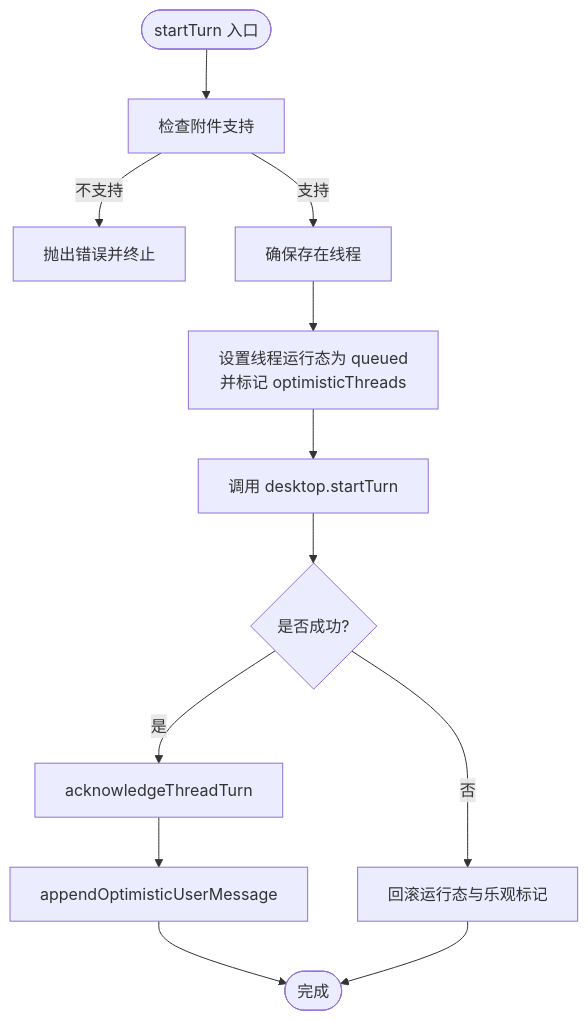
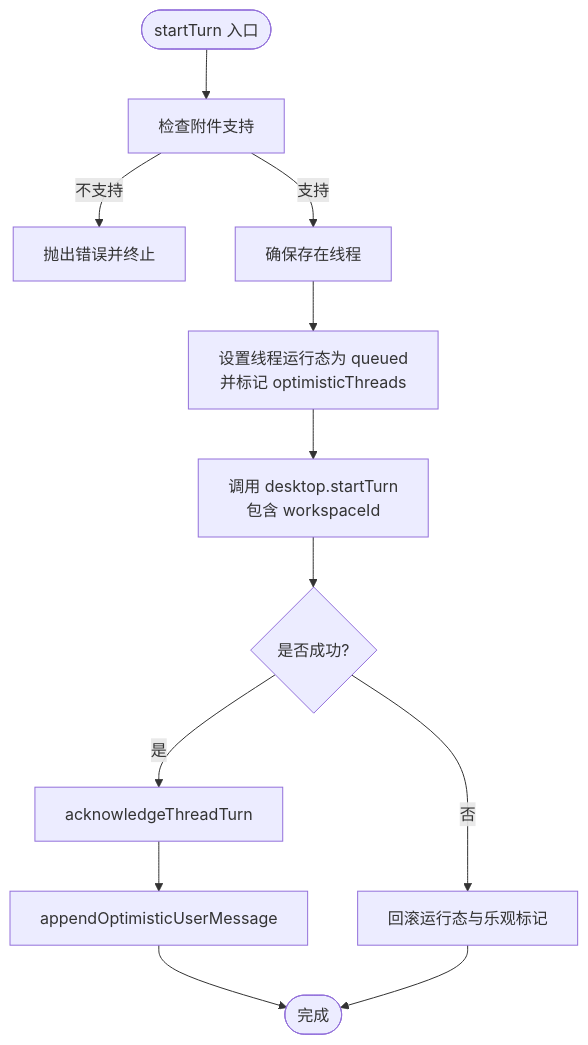
Before and after one commit to dyx-9163/ai-aifar: the third of 6 diagrams in .qoder/repowiki/zh/content/核心模块/渲染进程/Vue.js 应用架构.md, drawn with Mermaid. The commit also changed other lines of this file and 10 other files, not shown here.

First line of the commit message:
Compact tool activity rows: merge start/result per call, hide after turn ends

````diff
--- a/.qoder/repowiki/zh/content/核心模块/渲染进程/Vue.js 应用架构.md
+++ b/.qoder/repowiki/zh/content/核心模块/渲染进程/Vue.js 应用架构.md
@@ -158,14 +178,14 @@
 ```mermaid
 flowchart TD
 Start(["startTurn 入口"]) --> CheckAttach["检查附件支持"]
 CheckAttach --> |不支持| ThrowErr["抛出错误并终止"]
 CheckAttach --> |支持| EnsureThread["确保存在线程"]
 EnsureThread --> SetQueued["设置线程运行态为 queued<br/>并标记 optimisticThreads"]
-SetQueued --> CallDesktop["调用 desktop.startTurn"]
+SetQueued --> CallDesktop["调用 desktop.startTurn<br/>包含 workspaceId"]
 CallDesktop --> Ack{"是否成功?"}
 Ack --> |否| Rollback["回滚运行态与乐观标记"]
 Ack --> |是| AckTurn["acknowledgeThreadTurn"]
 AckTurn --> AppendMsg["appendOptimisticUserMessage"]
 AppendMsg --> End(["完成"])
 Rollback --> End
 ```
````
